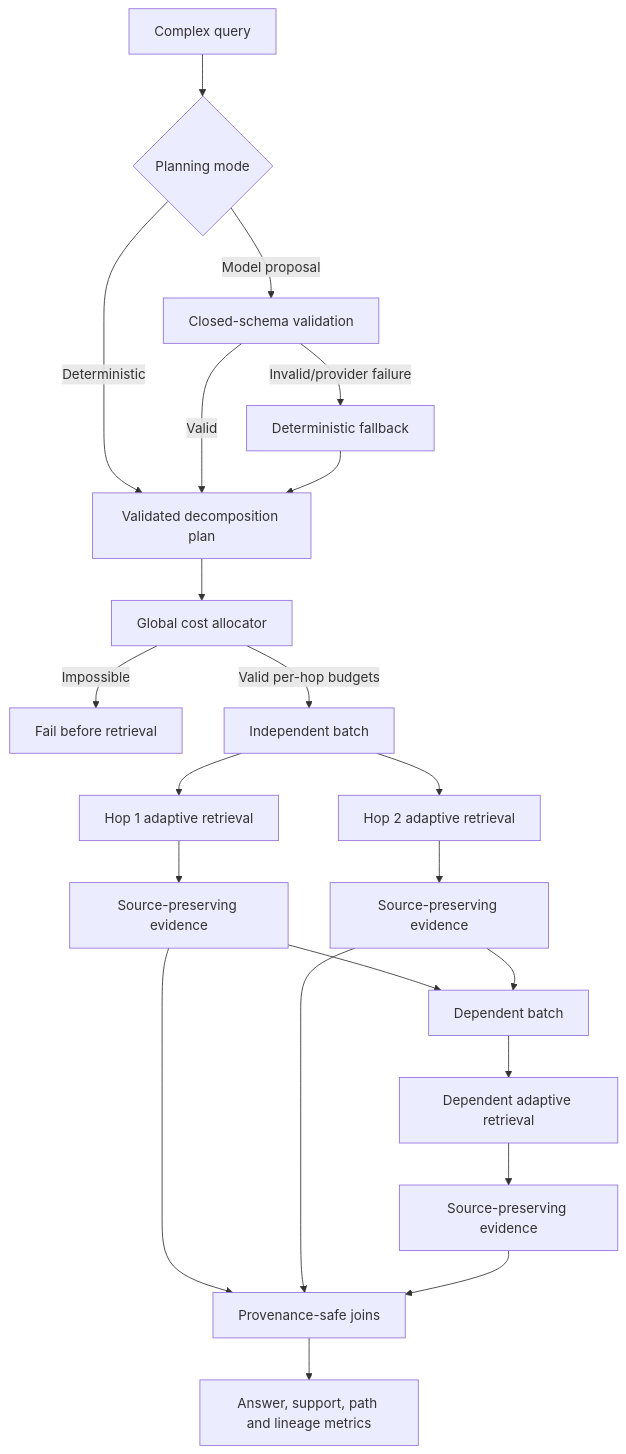
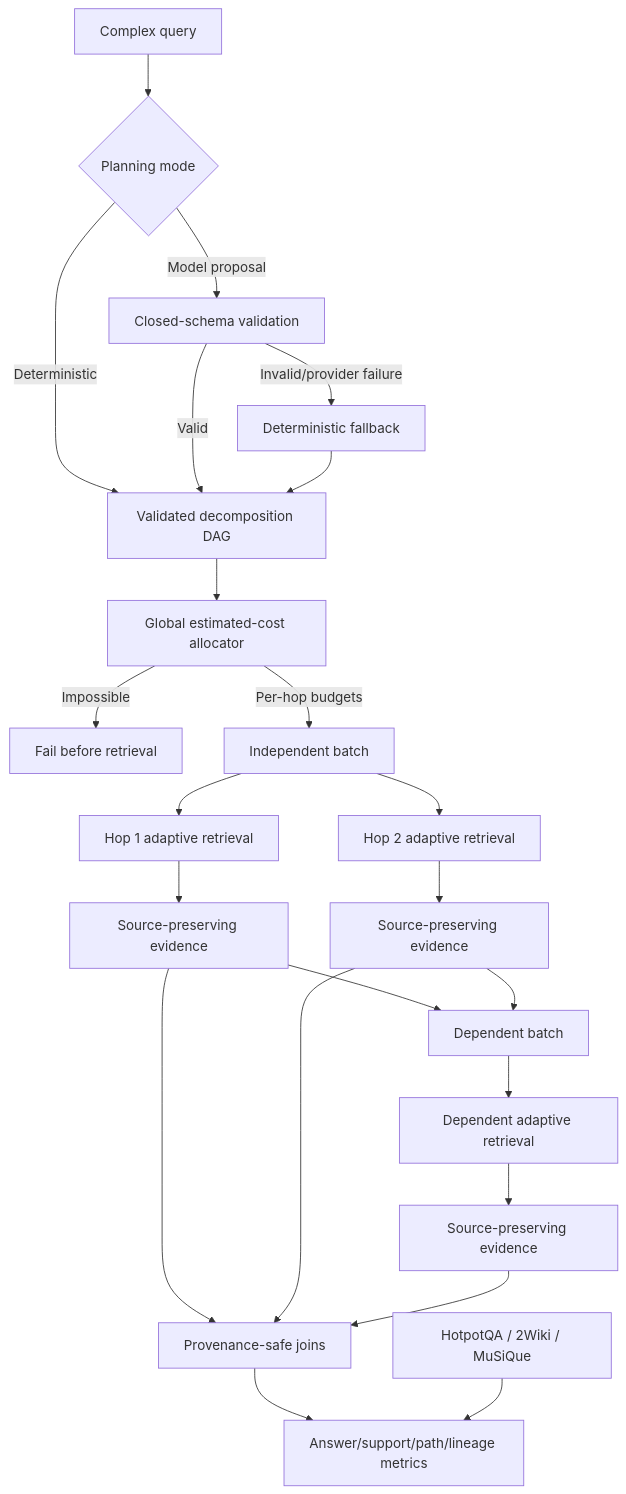
The diagram in docs/MULTIHOP_RETRIEVAL.md (Anurag9000/RigorousRAG), drawn with Mermaid before and after one commit. The commit also changed other lines of this file, not shown here.

Commit message:
Document benchmark adapters and sentence-level support metrics

````diff
--- a/docs/MULTIHOP_RETRIEVAL.md
+++ b/docs/MULTIHOP_RETRIEVAL.md
@@ -55,24 +56,25 @@
 ```mermaid
 graph TD
     Q[Complex query] --> P{Planning mode}
-    P -->|Deterministic| D[Validated decomposition plan]
+    P -->|Deterministic| D[Validated decomposition DAG]
     P -->|Model proposal| S[Closed-schema validation]
     S -->|Valid| D
     S -->|Invalid/provider failure| F[Deterministic fallback]
     F --> D
-    D --> C[Global cost allocator]
+    D --> C[Global estimated-cost allocator]
     C -->|Impossible| X[Fail before retrieval]
-    C -->|Valid per-hop budgets| B1[Independent batch]
+    C -->|Per-hop budgets| B1[Independent batch]
     B1 --> H1[Hop 1 adaptive retrieval]
     B1 --> H2[Hop 2 adaptive retrieval]
     H1 --> L1[Source-preserving evidence]
     H2 --> L2[Source-preserving evidence]
     L1 --> B2[Dependent batch]
     L2 --> B2
     B2 --> H3[Dependent adaptive retrieval]
     H3 --> L3[Source-preserving evidence]
     L1 --> J[Provenance-safe joins]
     L2 --> J
     L3 --> J
-    J --> E[Answer, support, path and lineage metrics]
+    J --> E[Answer/support/path/lineage metrics]
+    Dataset[HotpotQA / 2Wiki / MuSiQue] --> E
 ```
````
